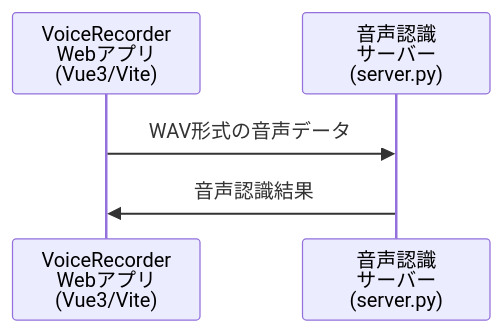
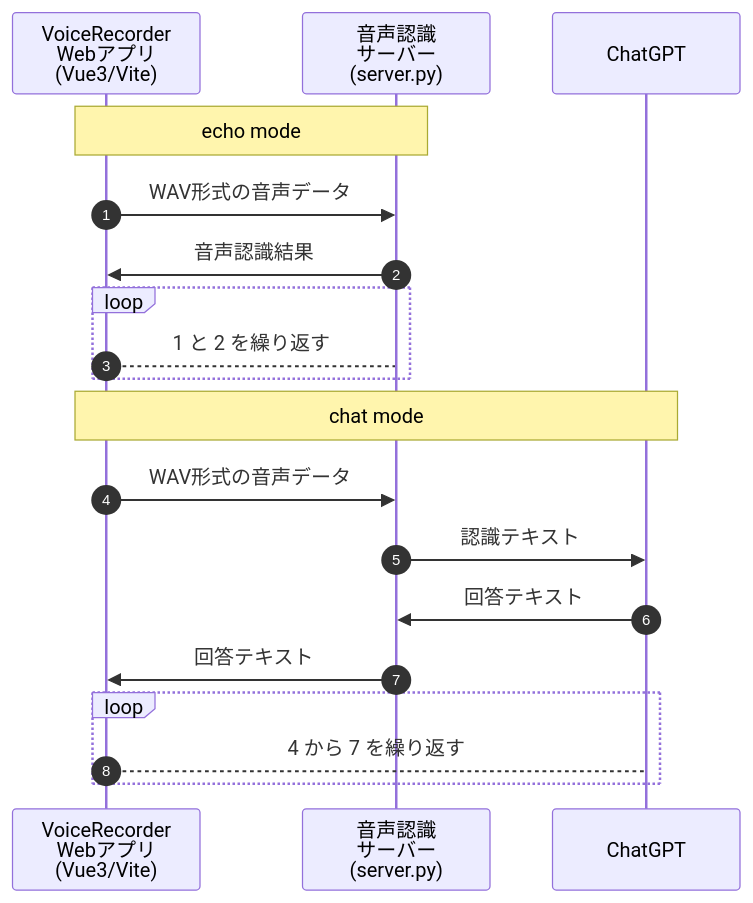
One commit to yamagame/voice-recorder changed the diagram in README.md. Above: the diagram before and after it, drawn with Mermaid. The commit also changed other lines of this file and 14 other files, not shown here.

````diff
--- a/README.md
+++ b/README.md
@@ -14,7 +16,21 @@
 ```mermaid
 sequenceDiagram
+    autonumber
     participant front as VoiceRecorder<br/>Webアプリ<br/>(Vue3/Vite)
     participant server as 音声認識<br/>サーバー<br/>(server.py)
+    participant chat as ChatGPT
+    Note over front,server: echo mode
     front ->> server: WAV形式の音声データ
     server ->> front: 音声認識結果
+    loop
+        front-->server: 1 と 2 を繰り返す
+    end
+    Note over front,chat: chat mode
+    front ->> server: WAV形式の音声データ
+    server ->> chat: 認識テキスト
+    chat ->> server: 回答テキスト
+    server ->> front: 回答テキスト
+    loop
+        front-->chat: 4 から 7 を繰り返す
+    end
 ```
````
